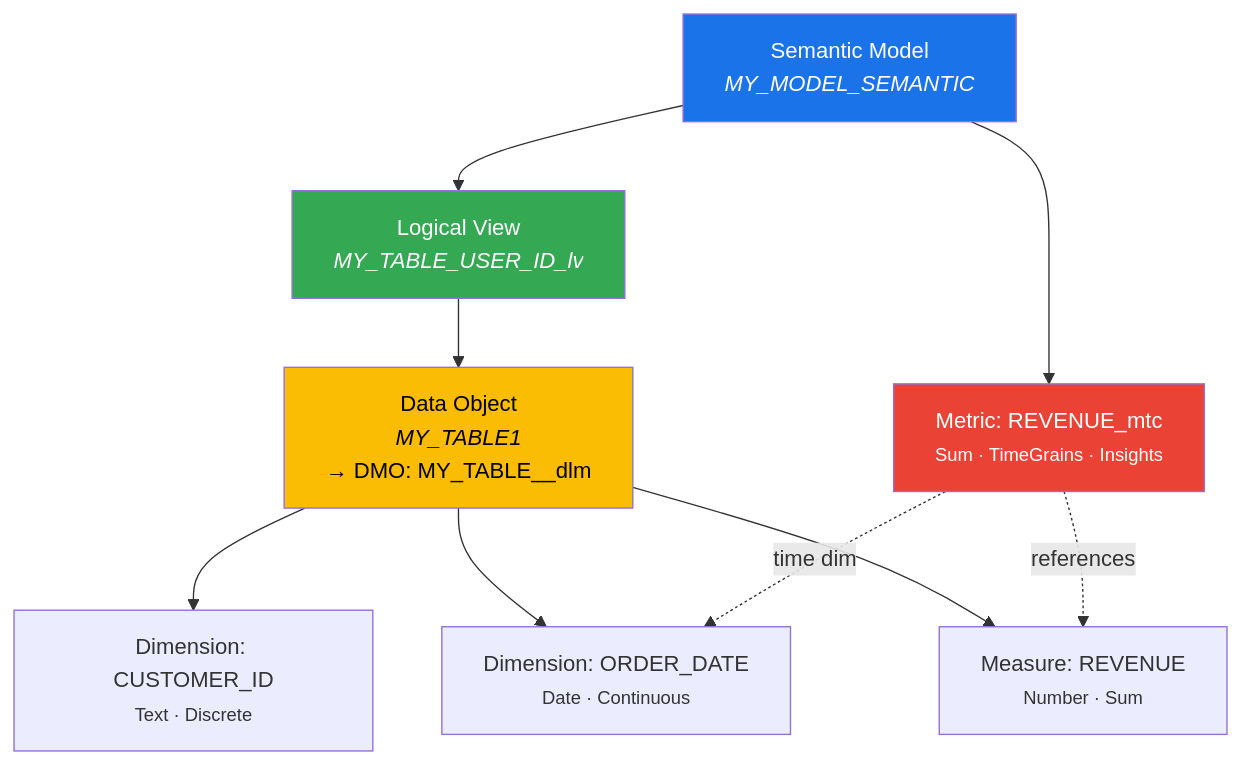
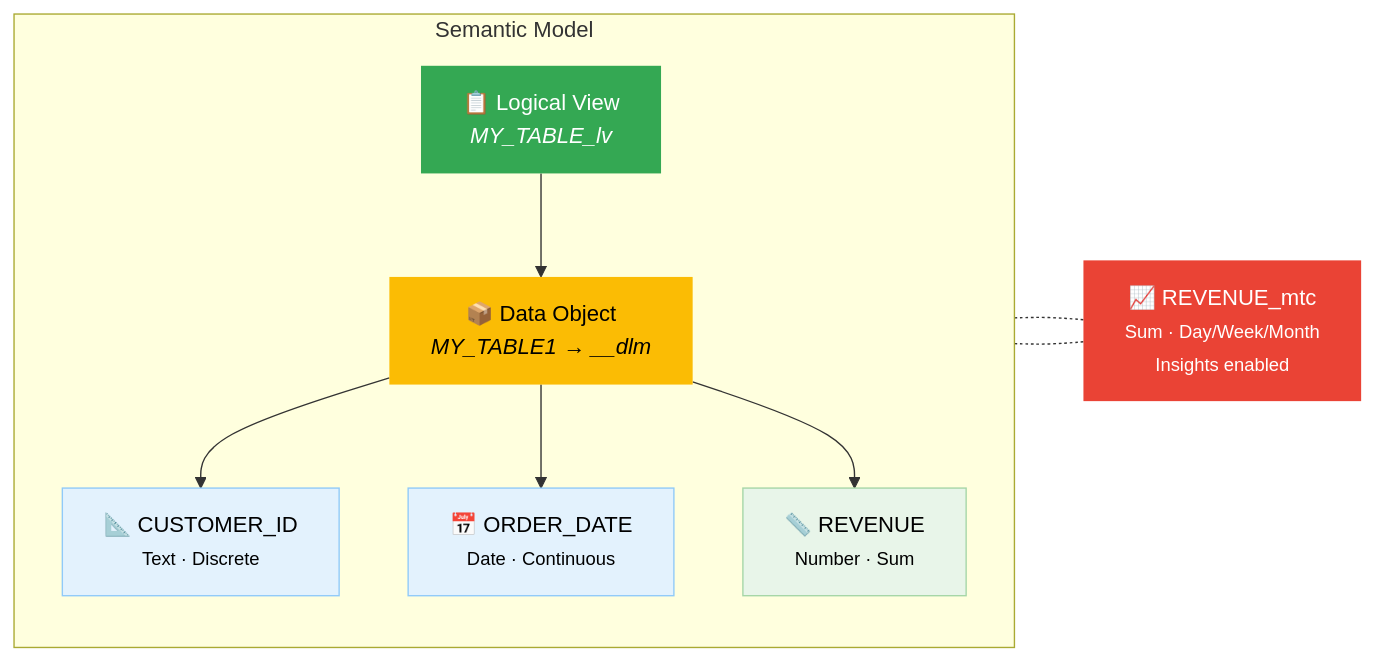
The third of 3 diagrams in README.md (RyutoYoda/snowflake-to-tableau-semantics), drawn with Mermaid before and after one commit. The commit also changed other lines of this file, not shown here.

Commit message:
Redesign README diagrams and add sync_all documentation

````diff
--- a/README.md
+++ b/README.md
@@ -73,21 +93,24 @@
 ```mermaid
-graph TD
-    Model["Semantic Model<br/><i>MY_MODEL_SEMANTIC</i>"]
-    LV["Logical View<br/><i>MY_TABLE_USER_ID_lv</i>"]
-    DO["Data Object<br/><i>MY_TABLE1</i><br/>→ DMO: MY_TABLE__dlm"]
-    D1["Dimension: CUSTOMER_ID<br/><small>Text · Discrete</small>"]
-    D2["Dimension: ORDER_DATE<br/><small>Date · Continuous</small>"]
-    M1["Measure: REVENUE<br/><small>Number · Sum</small>"]
-    MT1["Metric: REVENUE_mtc<br/><small>Sum · TimeGrains · Insights</small>"]
+flowchart LR
+    subgraph Semantic Model
+        direction TB
+        LV["📋 Logical View\n<i>MY_TABLE_lv</i>"]
+        DO["📦 Data Object\n<i>MY_TABLE1 → __dlm</i>"]
+        LV --> DO
+        DO --> DIM["📐 CUSTOMER_ID\n<small>Text · Discrete</small>"]
+        DO --> DATE["📅 ORDER_DATE\n<small>Date · Continuous</small>"]
+        DO --> REV["📏 REVENUE\n<small>Number · Sum</small>"]
+    end
 
-    Model --> LV & MT1
-    LV --> DO
-    DO --> D1 & D2 & M1
-    MT1 -.->|references| M1
-    MT1 -.->|time dim| D2
+    MTC["📈 REVENUE_mtc\n<small>Sum · Day/Week/Month\nInsights enabled</small>"]
 
-    style Model fill:#1a73e8,color:#fff
-    style LV fill:#34a853,color:#fff
-    style DO fill:#fbbc04,color:#000
-    style MT1 fill:#ea4335,color:#fff
+    REV -.- MTC
+    DATE -.- MTC
+
+    style LV fill:#34a853,color:#fff,stroke:none
+    style DO fill:#fbbc04,color:#000,stroke:none
+    style DIM fill:#e3f2fd,color:#000,stroke:#90caf9
+    style DATE fill:#e3f2fd,color:#000,stroke:#90caf9
+    style REV fill:#e8f5e9,color:#000,stroke:#a5d6a7
+    style MTC fill:#ea4335,color:#fff,stroke:none
 ```
````
